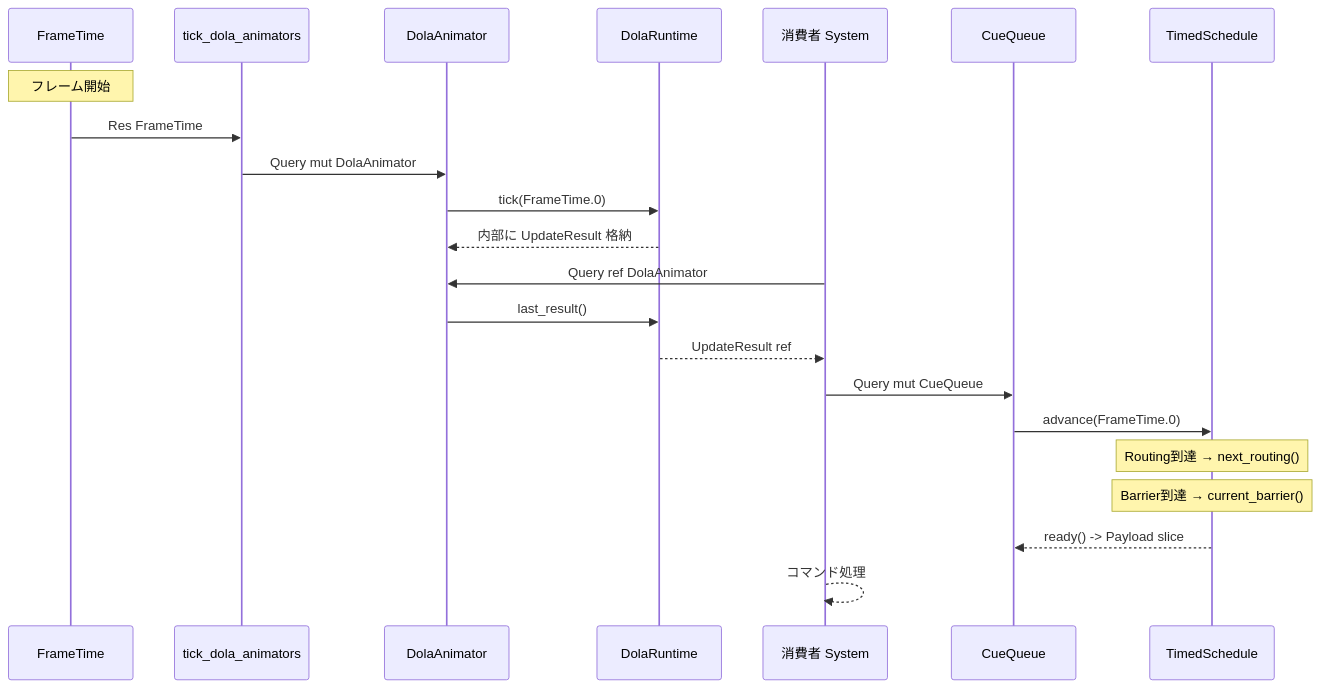
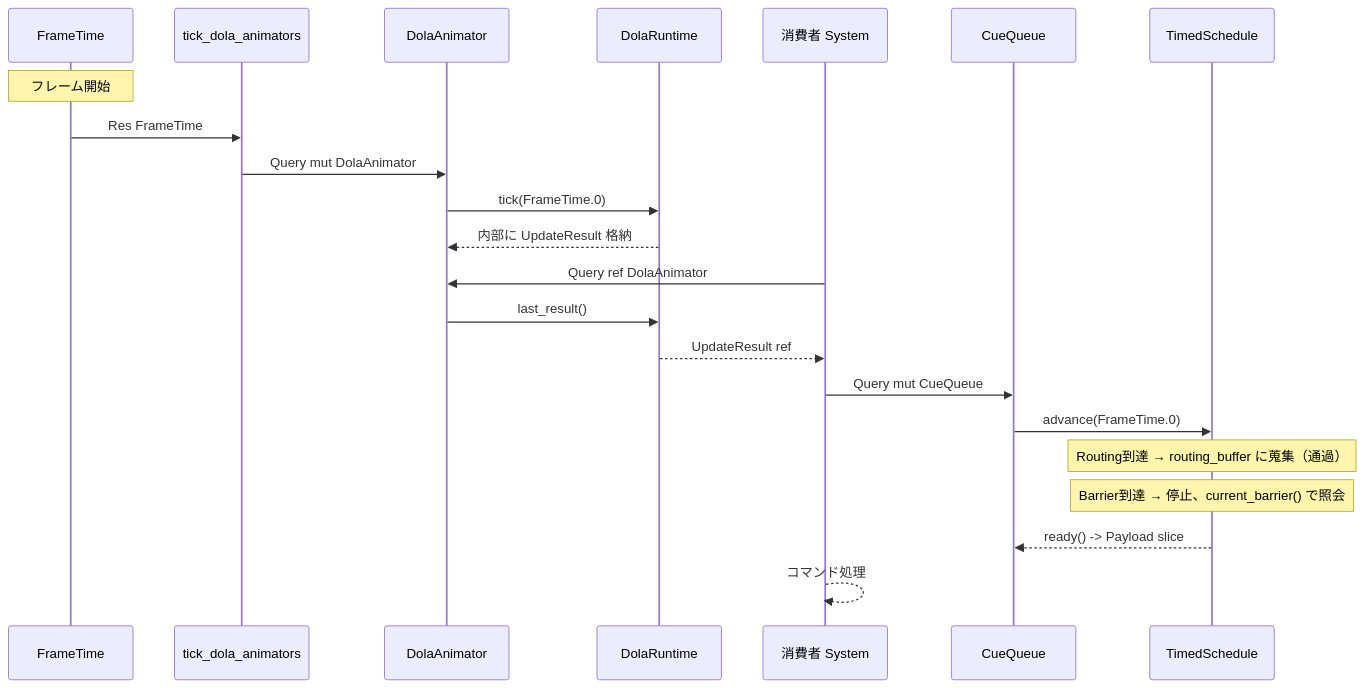
Before and after one commit to ekicyou/areka: the third of 6 diagrams in .kiro/specs/wintf-P0-dola-boundary/design.md, drawn with Mermaid. The commit also changed other lines of this file and 1 other file, not shown here.

First line of the commit message:
design(dola-boundary): fix advance() - Routing pass-through, Barrier-only stop

````diff
--- a/.kiro/specs/wintf-P0-dola-boundary/design.md
+++ b/.kiro/specs/wintf-P0-dola-boundary/design.md
@@ -148,27 +148,27 @@
 ```mermaid
 sequenceDiagram
     participant FT as FrameTime
     participant TDA as tick_dola_animators
     participant DA as DolaAnimator
     participant DR as DolaRuntime
     participant Consumer as 消費者 System
     participant CQ as CueQueue
     participant TS as TimedSchedule
 
     Note over FT: フレーム開始
     FT->>TDA: Res FrameTime
     TDA->>DA: Query mut DolaAnimator
     DA->>DR: tick(FrameTime.0)
     DR-->>DA: 内部に UpdateResult 格納
 
     Consumer->>DA: Query ref DolaAnimator
     DA->>DR: last_result()
     DR-->>Consumer: UpdateResult ref
 
     Consumer->>CQ: Query mut CueQueue
     CQ->>TS: advance(FrameTime.0)
-    Note over TS: Routing到達 → next_routing()
-    Note over TS: Barrier到達 → current_barrier()
+    Note over TS: Routing到達 → routing_buffer に蒐集（通過）
+    Note over TS: Barrier到達 → 停止、current_barrier() で照会
     TS-->>CQ: ready() -> Payload slice
     Consumer-->>Consumer: コマンド処理
 ```
````
